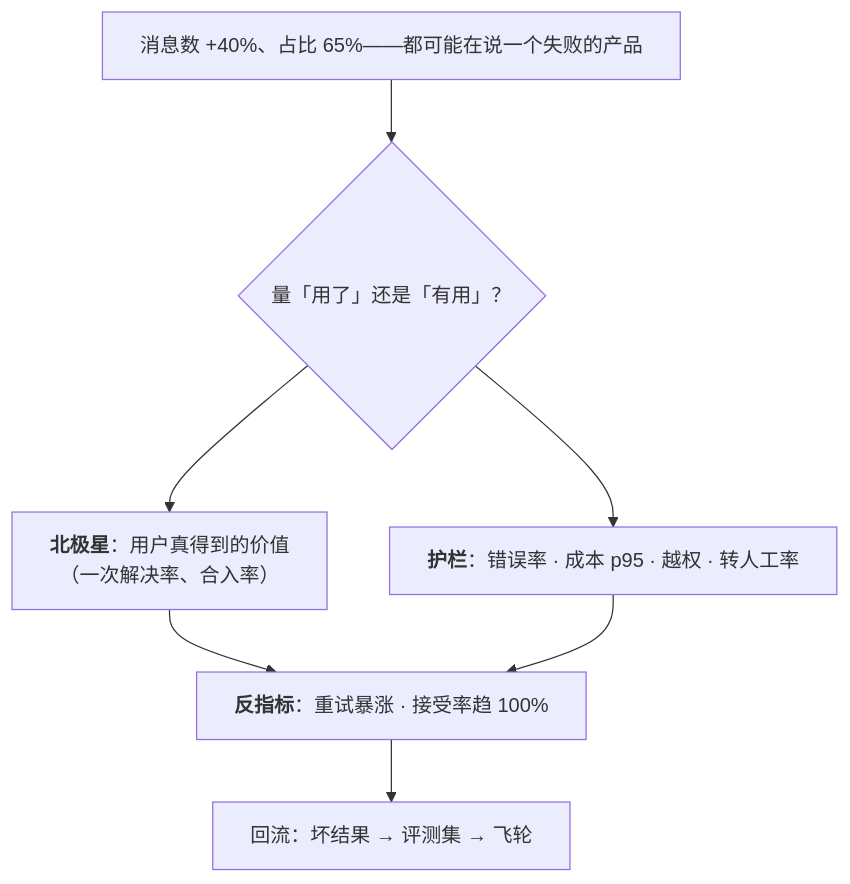
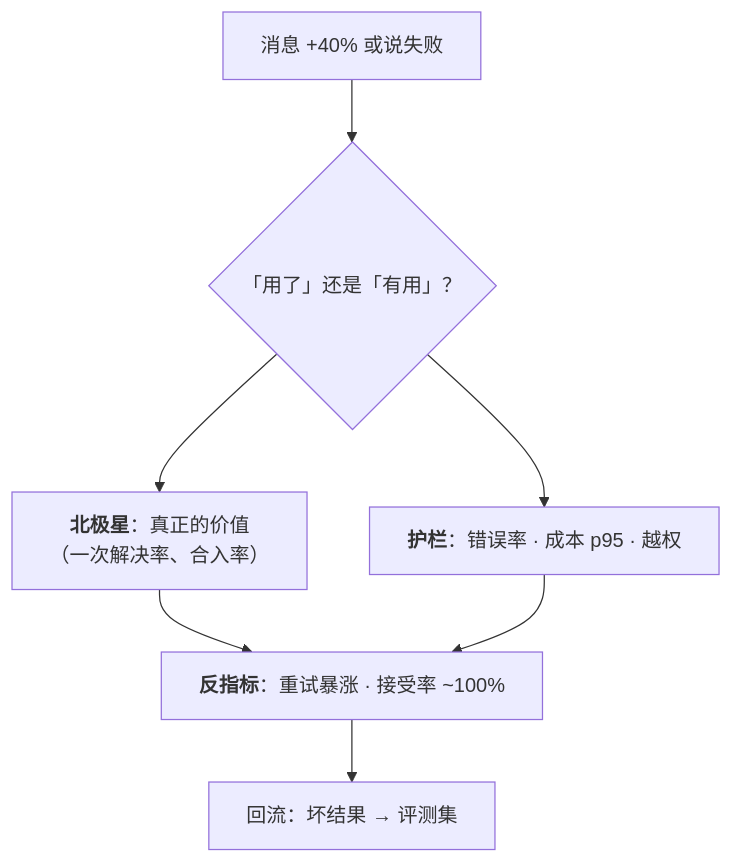
Before and after one commit to arganzheng/arganzheng.github.com: the sixth of 6 diagrams in slides/2026-11-20-product-and-experience.md, drawn with Mermaid. The commit also changed other lines of this file, not shown here.

Commit message:
slides(2026-11-20-product-and-experience): 图内文字 ≥14px——标签缩短/拆分/Unicode 数学

````diff
--- a/slides/2026-11-20-product-and-experience.md
+++ b/slides/2026-11-20-product-and-experience.md
@@ -195,10 +196,10 @@
 ```mermaid
 %%{init: {"flowchart": {"wrappingWidth": 460}}}%%
 flowchart TB
-    W["消息数 +40%、占比 65%——都可能在说一个失败的产品"] --> Q{"量「用了」还是「有用」？"}
-    Q --> N["<b>北极星</b>：用户真得到的价值<br/>（一次解决率、合入率）"]
-    Q --> G["<b>护栏</b>：错误率 · 成本 p95 · 越权 · 转人工率"]
-    N & G --> F["<b>反指标</b>：重试暴涨 · 接受率趋 100%"]
-    F --> B["回流：坏结果 → 评测集 → 飞轮"]
+    W["消息 +40% 或说失败"] --> Q{"「用了」还是「有用」？"}
+    Q --> N["<b>北极星</b>：真正的价值<br/>（一次解决率、合入率）"]
+    Q --> G["<b>护栏</b>：错误率 · 成本 p95 · 越权"]
+    N & G --> F["<b>反指标</b>：重试暴涨 · 接受率 ~100%"]
+    F --> B["回流：坏结果 → 评测集"]
 
 ```
````
